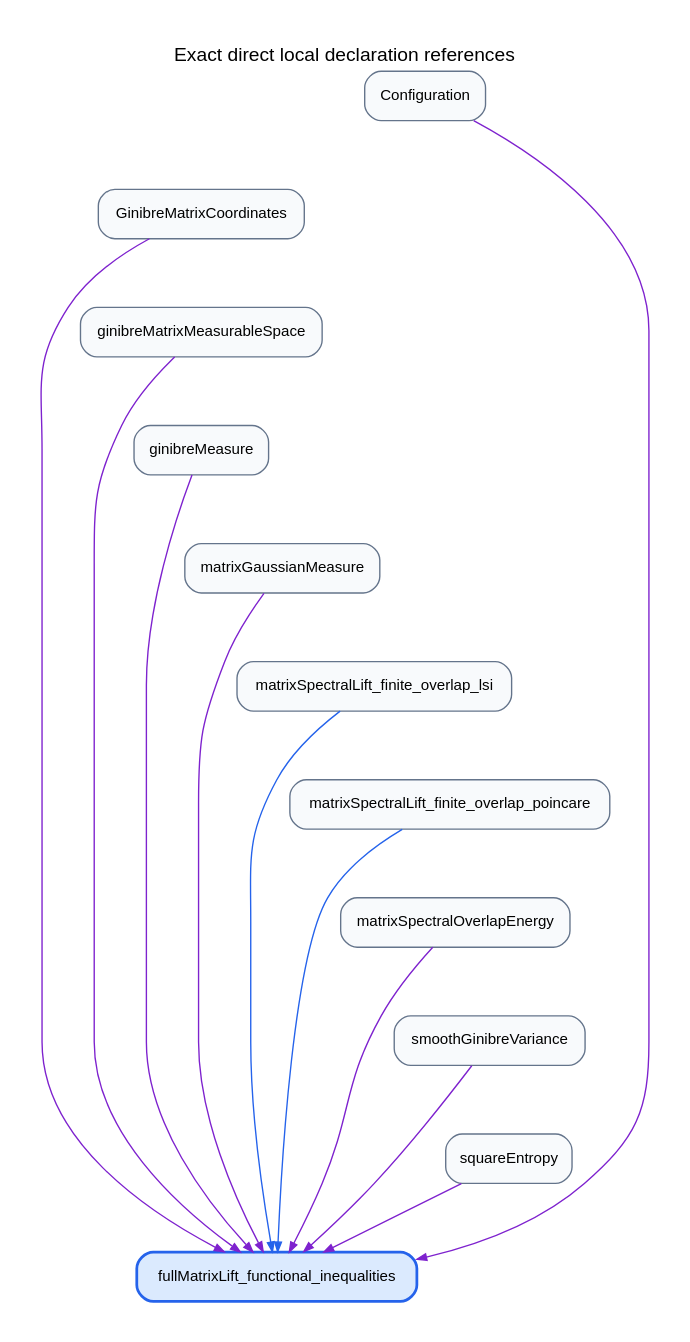
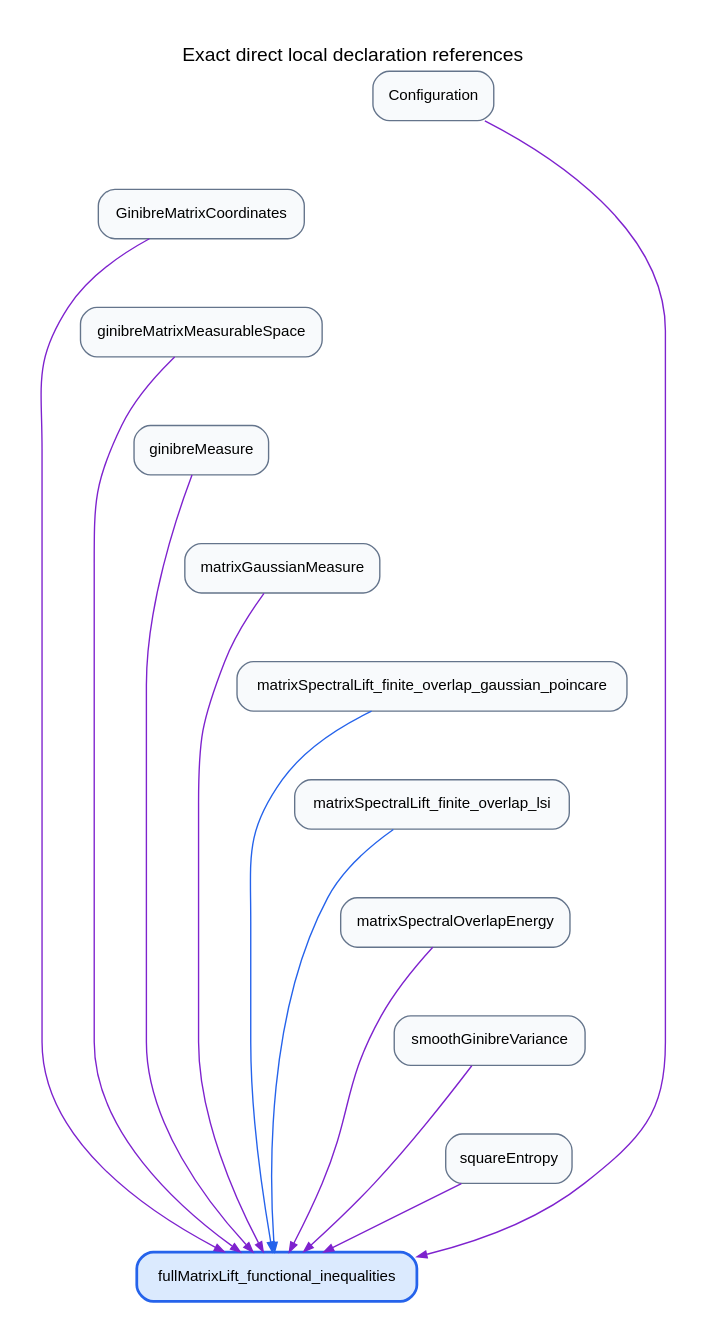
The diagram in diagrams/formal-fullMatrixLift_functional_inequalities.dot (djalilchafai/ginibre-poincare), drawn with Graphviz before and after one commit. The commit also changed 89 other files, not shown here.

```diff
--- a/diagrams/formal-fullMatrixLift_functional_inequalities.dot
+++ b/diagrams/formal-fullMatrixLift_functional_inequalities.dot
@@ -1,36 +1,36 @@
 digraph formal_dependencies {
 rankdir=TB;
 graph [bgcolor="white", pad="0.3", nodesep="0.25", ranksep="0.7", label="Exact direct local declaration references", labelloc=t, fontname="sans-serif"];
 node [shape=box, style="rounded,filled", fillcolor="#f8fafc", color="#64748b", fontname="sans-serif", fontsize=11];
 edge [arrowsize=0.7, fontname="sans-serif", fontsize=9];
 "GinibrePoincare.Configuration" [label="Configuration"];
 "GinibrePoincare.GinibreMatrixCoordinates" [label="GinibreMatrixCoordinates"];
 "GinibrePoincare.fullMatrixLift_functional_inequalities" [label="fullMatrixLift_functional_inequalities", fillcolor="#dbeafe", color="#2563eb", penwidth=2];
 "GinibrePoincare.ginibreMatrixMeasurableSpace" [label="ginibreMatrixMeasurableSpace"];
 "GinibrePoincare.ginibreMeasure" [label="ginibreMeasure"];
 "GinibrePoincare.matrixGaussianMeasure" [label="matrixGaussianMeasure"];
+"GinibrePoincare.matrixSpectralLift_finite_overlap_gaussian_poincare" [label="matrixSpectralLift_finite_overlap_gaussian_poincare"];
 "GinibrePoincare.matrixSpectralLift_finite_overlap_lsi" [label="matrixSpectralLift_finite_overlap_lsi"];
-"GinibrePoincare.matrixSpectralLift_finite_overlap_poincare" [label="matrixSpectralLift_finite_overlap_poincare"];
 "GinibrePoincare.matrixSpectralOverlapEnergy" [label="matrixSpectralOverlapEnergy"];
 "GinibrePoincare.smoothGinibreVariance" [label="smoothGinibreVariance"];
 "GinibrePoincare.squareEntropy" [label="squareEntropy"];
 "GinibrePoincare.Configuration" -> "GinibrePoincare.fullMatrixLift_functional_inequalities" [color="#7e22ce", tooltip="both"];
 "GinibrePoincare.GinibreMatrixCoordinates" -> "GinibrePoincare.fullMatrixLift_functional_inequalities" [color="#7e22ce", tooltip="both"];
 "GinibrePoincare.ginibreMatrixMeasurableSpace" -> "GinibrePoincare.fullMatrixLift_functional_inequalities" [color="#7e22ce", tooltip="both"];
 "GinibrePoincare.ginibreMeasure" -> "GinibrePoincare.fullMatrixLift_functional_inequalities" [color="#7e22ce", tooltip="both"];
 "GinibrePoincare.matrixGaussianMeasure" -> "GinibrePoincare.fullMatrixLift_functional_inequalities" [color="#7e22ce", tooltip="both"];
+"GinibrePoincare.matrixSpectralLift_finite_overlap_gaussian_poincare" -> "GinibrePoincare.fullMatrixLift_functional_inequalities" [color="#2563eb", tooltip="value"];
 "GinibrePoincare.matrixSpectralLift_finite_overlap_lsi" -> "GinibrePoincare.fullMatrixLift_functional_inequalities" [color="#2563eb", tooltip="value"];
-"GinibrePoincare.matrixSpectralLift_finite_overlap_poincare" -> "GinibrePoincare.fullMatrixLift_functional_inequalities" [color="#2563eb", tooltip="value"];
 "GinibrePoincare.matrixSpectralOverlapEnergy" -> "GinibrePoincare.fullMatrixLift_functional_inequalities" [color="#7e22ce", tooltip="both"];
 "GinibrePoincare.smoothGinibreVariance" -> "GinibrePoincare.fullMatrixLift_functional_inequalities" [color="#7e22ce", tooltip="both"];
 "GinibrePoincare.squareEntropy" -> "GinibrePoincare.fullMatrixLift_functional_inequalities" [color="#7e22ce", tooltip="both"];
 "GinibrePoincare.Configuration" -> "GinibrePoincare.GinibreMatrixCoordinates" [style=invis];
 "GinibrePoincare.GinibreMatrixCoordinates" -> "GinibrePoincare.ginibreMatrixMeasurableSpace" [style=invis];
 "GinibrePoincare.ginibreMatrixMeasurableSpace" -> "GinibrePoincare.ginibreMeasure" [style=invis];
 "GinibrePoincare.ginibreMeasure" -> "GinibrePoincare.matrixGaussianMeasure" [style=invis];
-"GinibrePoincare.matrixGaussianMeasure" -> "GinibrePoincare.matrixSpectralLift_finite_overlap_lsi" [style=invis];
-"GinibrePoincare.matrixSpectralLift_finite_overlap_lsi" -> "GinibrePoincare.matrixSpectralLift_finite_overlap_poincare" [style=invis];
-"GinibrePoincare.matrixSpectralLift_finite_overlap_poincare" -> "GinibrePoincare.matrixSpectralOverlapEnergy" [style=invis];
+"GinibrePoincare.matrixGaussianMeasure" -> "GinibrePoincare.matrixSpectralLift_finite_overlap_gaussian_poincare" [style=invis];
+"GinibrePoincare.matrixSpectralLift_finite_overlap_gaussian_poincare" -> "GinibrePoincare.matrixSpectralLift_finite_overlap_lsi" [style=invis];
+"GinibrePoincare.matrixSpectralLift_finite_overlap_lsi" -> "GinibrePoincare.matrixSpectralOverlapEnergy" [style=invis];
 "GinibrePoincare.matrixSpectralOverlapEnergy" -> "GinibrePoincare.smoothGinibreVariance" [style=invis];
 "GinibrePoincare.smoothGinibreVariance" -> "GinibrePoincare.squareEntropy" [style=invis];
 }
```
